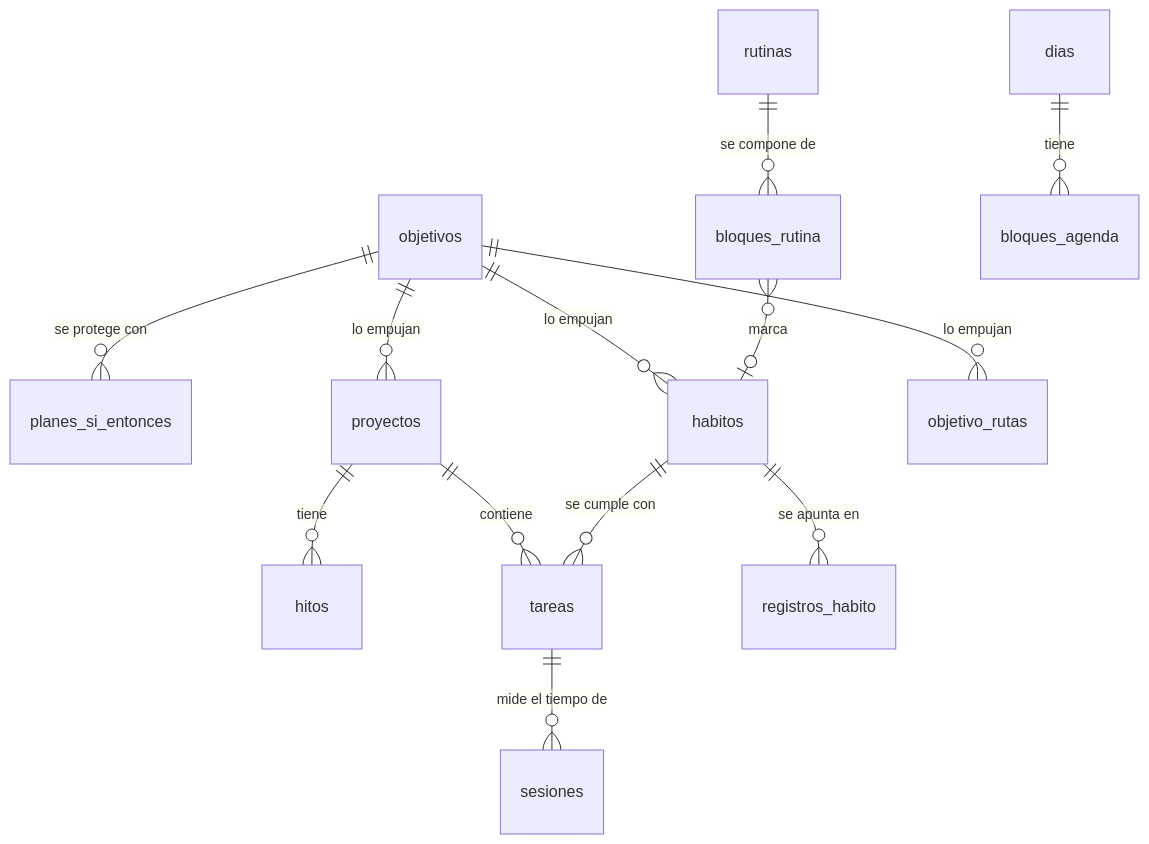
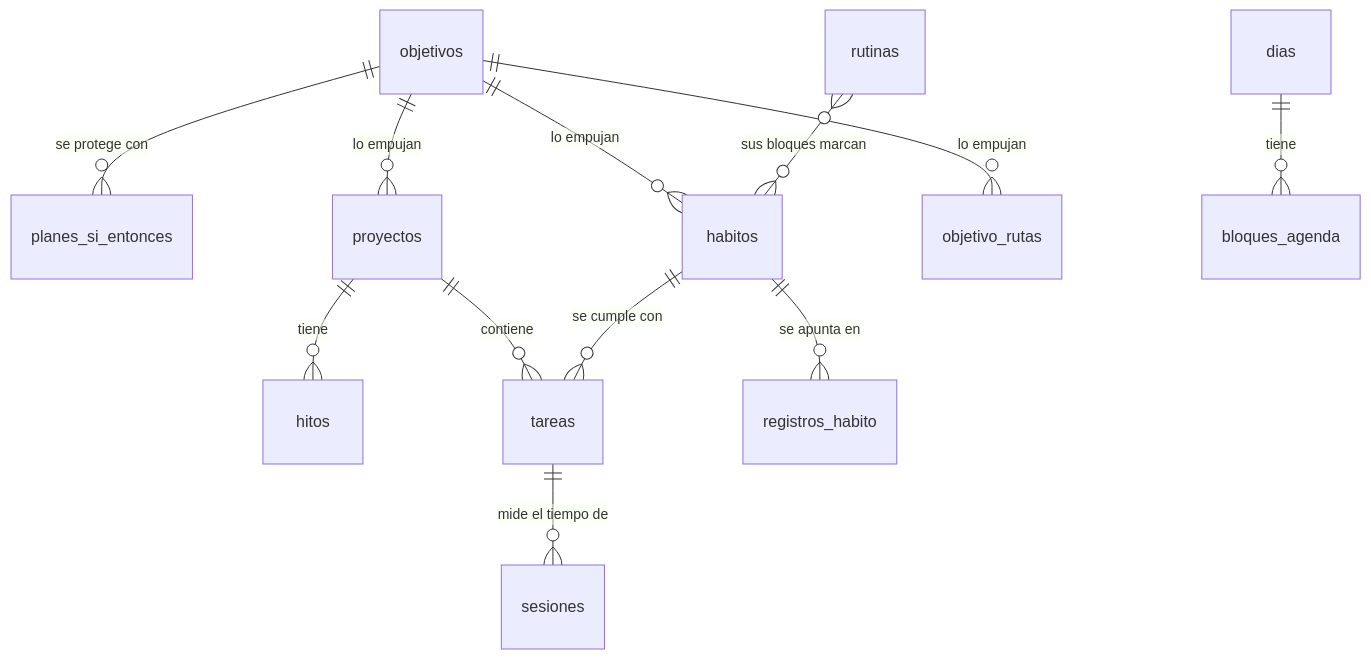
The diagram in docs/modelo-de-datos.md (angelgmx/rumbo), drawn with Mermaid before and after one commit. The commit also changed other lines of this file and 27 other files, not shown here.

````diff
--- a/docs/modelo-de-datos.md
+++ b/docs/modelo-de-datos.md
@@ -25,15 +25,14 @@
 ```mermaid
 erDiagram
   objetivos ||--o{ planes_si_entonces : "se protege con"
   objetivos ||--o{ proyectos : "lo empujan"
   objetivos ||--o{ habitos : "lo empujan"
   objetivos ||--o{ objetivo_rutas : "lo empujan"
   proyectos ||--o{ hitos : tiene
   proyectos ||--o{ tareas : contiene
   habitos ||--o{ registros_habito : "se apunta en"
   habitos ||--o{ tareas : "se cumple con"
-  rutinas ||--o{ bloques_rutina : "se compone de"
-  bloques_rutina }o--o| habitos : marca
+  rutinas }o--o{ habitos : "sus bloques marcan"
   tareas ||--o{ sesiones : "mide el tiempo de"
   dias ||--o{ bloques_agenda : tiene
 ```
````
